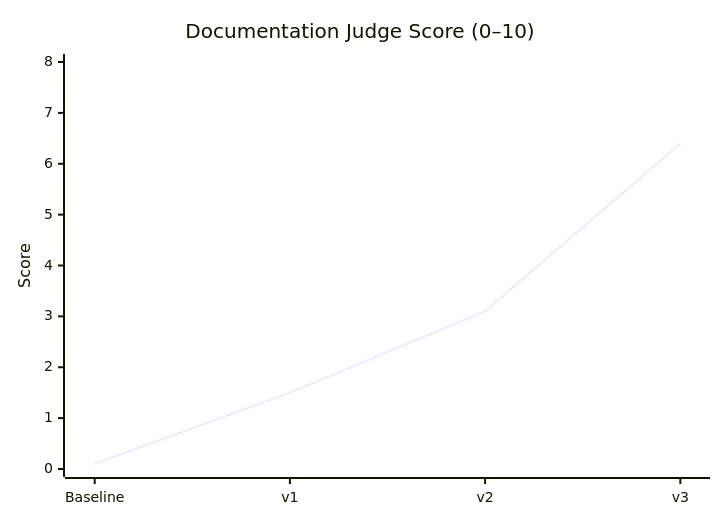
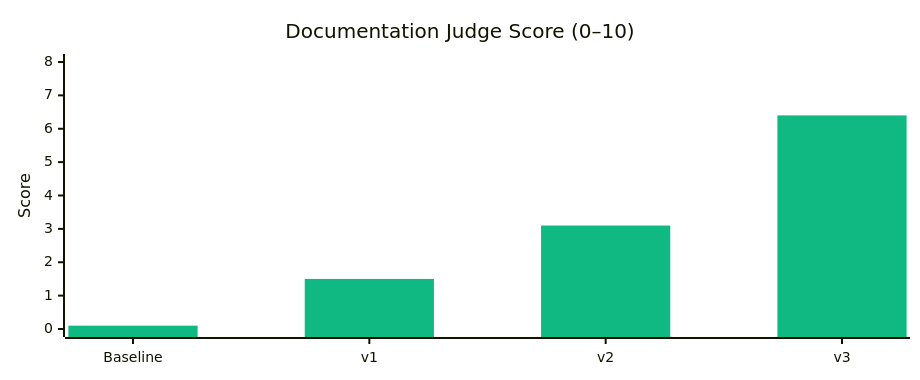
The second of 3 diagrams in docs/lora-v3-vs-all-versions-comparison.md (nayanjha16/CodeGen-Implementations-May_26), drawn with Mermaid before and after one commit. The commit also changed other lines of this file and 4 other files, not shown here.

````diff
--- a/docs/lora-v3-vs-all-versions-comparison.md
+++ b/docs/lora-v3-vs-all-versions-comparison.md
@@ -87,7 +91,17 @@
 ```mermaid
+---
+config:
+  xyChart:
+    showLegend: true
+    width: 900
+    height: 360
+  themeVariables:
+    xyChart:
+      plotColorPalette: "#10b981"
+---
 xychart-beta
     title "Documentation Judge Score (0–10)"
     x-axis ["Baseline", "v1", "v2", "v3"]
     y-axis "Score" 0 --> 8
-    line "Judge score" [0.1, 1.5, 3.1, 6.4]
+    bar "Judge score" [0.1, 1.5, 3.1, 6.4]
 ```
````
